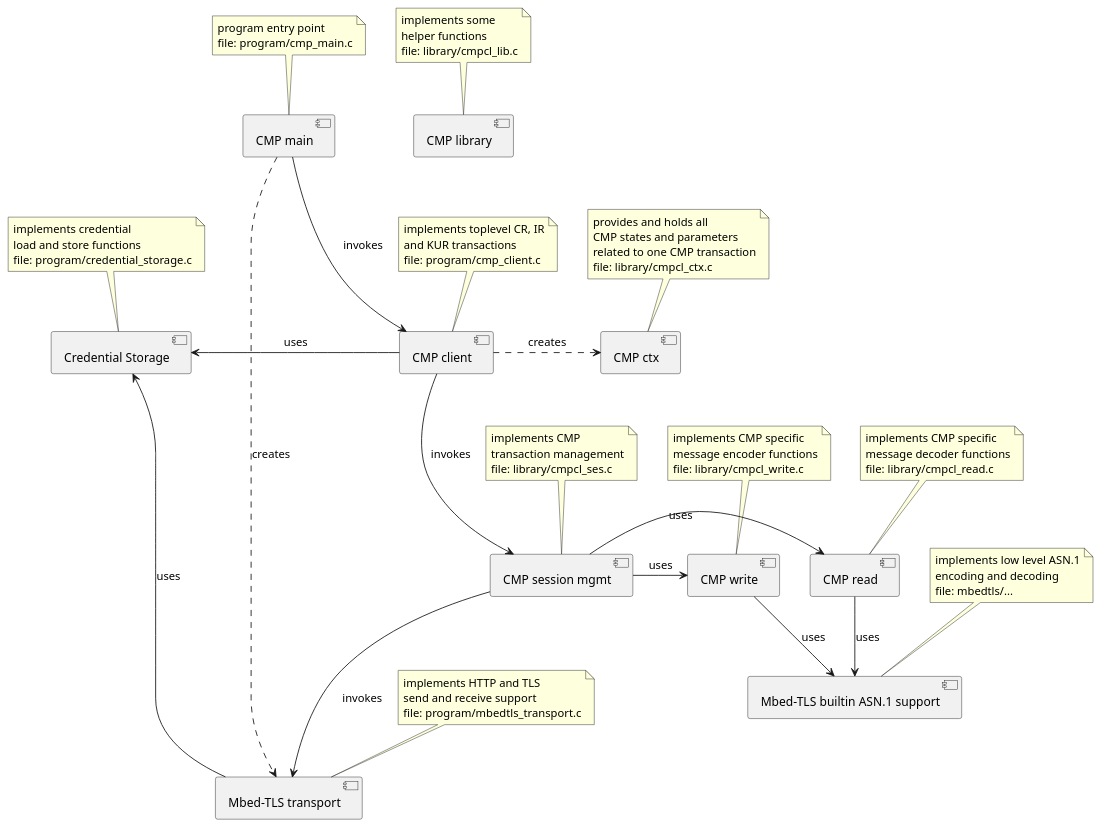
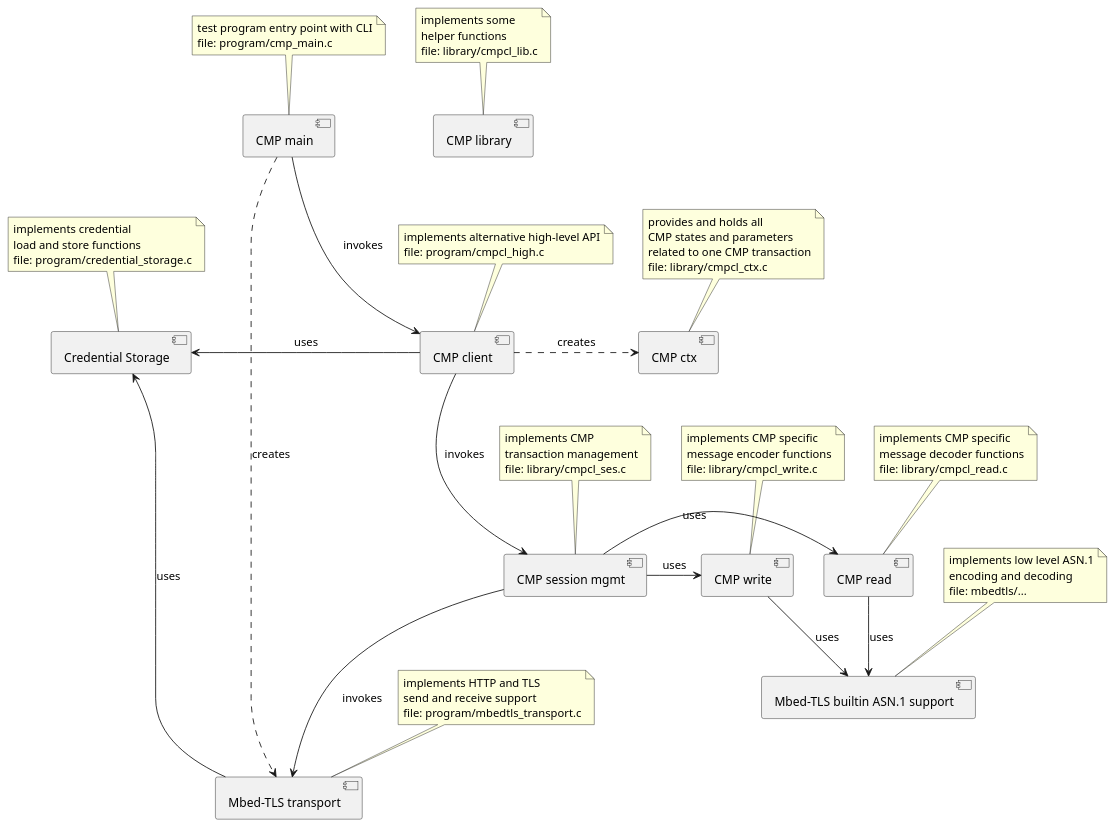
Before and after one commit to siemens/embeddedCMP: the diagram in README.md, drawn with PlantUML. The commit also changed other lines of this file and 7 other files, not shown here.

Commit message:
clean up program structure: old single-shot vs. new high-level API

```diff
--- a/README.md
+++ b/README.md
@@ -48,18 +65,17 @@
 @startuml
 [CMP main] as main
 note as mainN
-program entry point
+test program entry point with CLI
 file: program/cmp_main.c
 endnote
 mainN .. main
 
 [CMP client] as client
-note as clientN
-implements toplevel CR, IR
-and KUR transactions
-file: program/cmp_client.c
+note as clientH
+implements alternative high-level API
+file: program/cmpcl_high.c
 endnote
-clientN .. client
+clientH .. client
 
 [Credential Storage] as storage
 note as storageN
```
